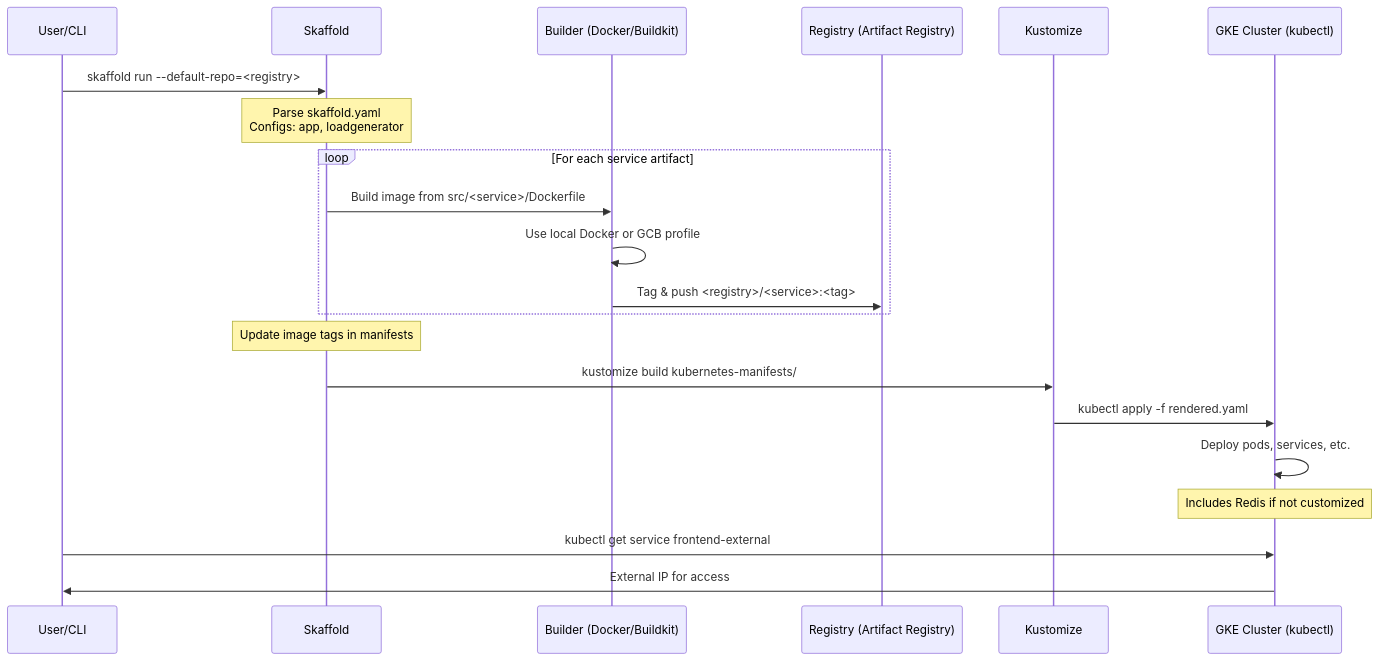
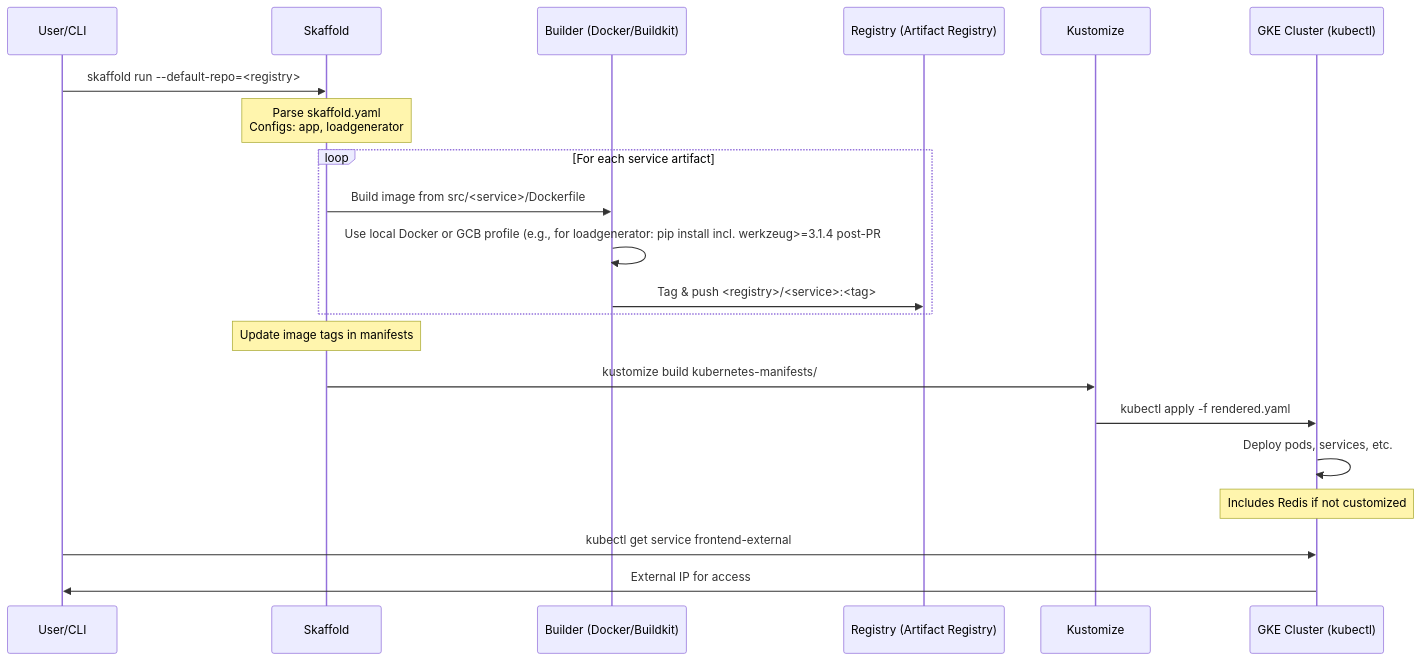
The first of 2 diagrams in .exp/design-workflow-2-gke-deployment-workflow.md (gauravagerwala/microservices-demo), drawn with Mermaid before and after one commit. The commit also changed other lines of this file and 2 other files, not shown here.

Commit message:
Update design for PR #3171: chore(deps): bump werkzeug from 3.1.3 to 3.1.4 in /src/loadgenerator

````diff
--- a/.exp/design-workflow-2-gke-deployment-workflow.md
+++ b/.exp/design-workflow-2-gke-deployment-workflow.md
@@ -31,23 +31,23 @@
 ```mermaid
 sequenceDiagram
     participant U as User/CLI
     participant S as Skaffold
     participant B as Builder (Docker/Buildkit)
     participant R as Registry (Artifact Registry)
     participant K as Kustomize
     participant C as GKE Cluster (kubectl)
     U->>S: skaffold run --default-repo=<registry>
     Note over S: Parse skaffold.yaml<br/>Configs: app, loadgenerator
     loop For each service artifact
         S->>B: Build image from src/<service>/Dockerfile
-        B->>B: Use local Docker or GCB profile
+        B->>B: Use local Docker or GCB profile (e.g., for loadgenerator: pip install incl. werkzeug>=3.1.4 post-PR #3171)
         B->>R: Tag & push <registry>/<service>:<tag>
     end
     Note over S: Update image tags in manifests
     S->>K: kustomize build kubernetes-manifests/
     K->>C: kubectl apply -f rendered.yaml
     C->>C: Deploy pods, services, etc.
     Note over C: Includes Redis if not customized
     U->>C: kubectl get service frontend-external
     C->>U: External IP for access
 ```
````
